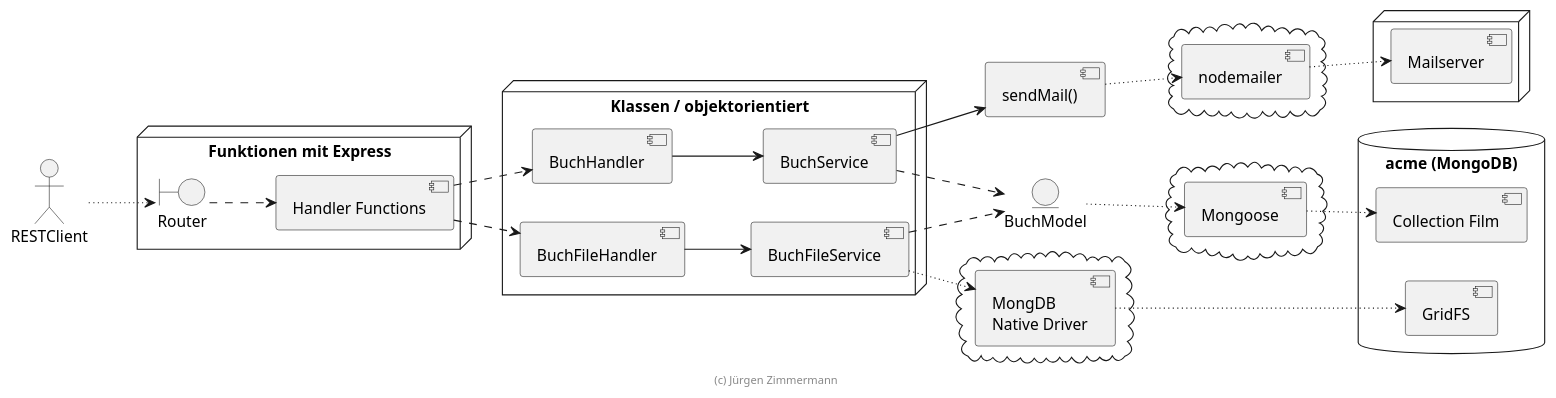
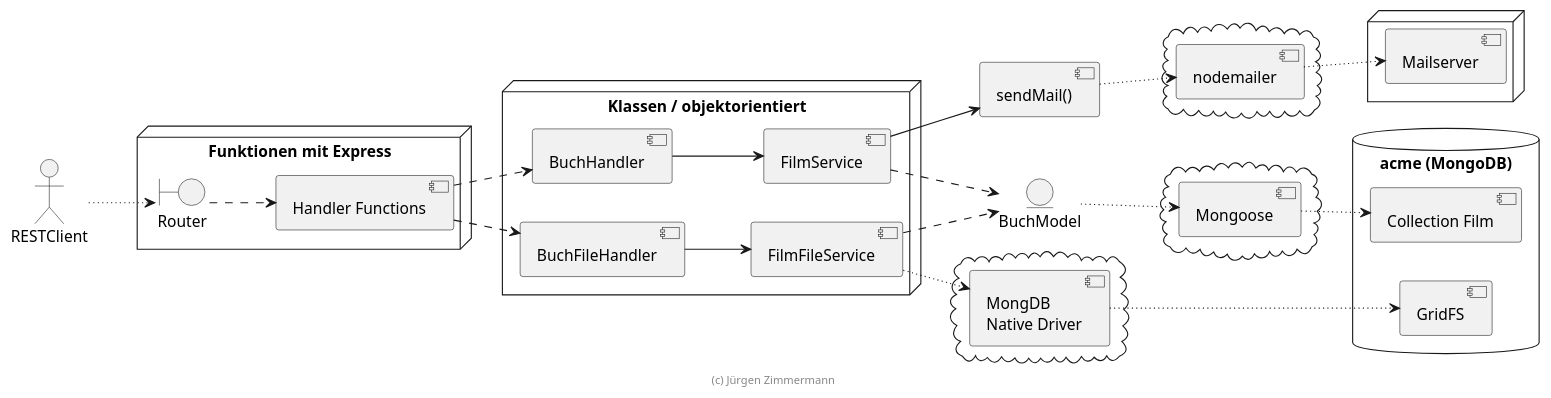
The diagram in doc/entwicklerhandbuch/komponenten.puml (marcelmaerdian/SWE_WS2020), drawn with PlantUML before and after one commit. The commit also changed 24 other files, not shown here.

```diff
--- a/doc/entwicklerhandbuch/komponenten.puml
+++ b/doc/entwicklerhandbuch/komponenten.puml
@@ -15,69 +15,69 @@
 @startuml Komponenten
 
 skinparam componentStyle uml2
 
 left to right direction
 
 actor RESTClient
 
 node "Funktionen mit Express" {
   boundary Router
   [Handler Functions]
 }
 
 node "Klassen / objektorientiert" {
   [BuchHandler]
   [BuchFileHandler]
 
-  [BuchService]
-  [BuchFileService]
+  [FilmService]
+  [FilmFileService]
 }
 
 [sendMail()] as sendMail
 
 entity BuchModel
 
 cloud {
     [Mongoose]
 }
 
 cloud {
     [MongDB\nNative Driver]
 }
 
 cloud {
     [nodemailer]
 }
 
 database "acme (MongoDB)" {
     [Collection Film]
     [GridFS]
 }
 
 node {
     [Mailserver]
 }
 
 
 RESTClient ~~> [Router]
 [Router] ..> [Handler Functions]
 [Handler Functions] ..> [BuchHandler]
 [Handler Functions] ..> [BuchFileHandler]
 
-[BuchHandler] --> [BuchService]
-[BuchFileHandler] --> [BuchFileService]
-[BuchService] ..> [BuchModel]
-[BuchFileService] ..> [BuchModel]
+[BuchHandler] --> [FilmService]
+[BuchFileHandler] --> [FilmFileService]
+[FilmService] ..> [BuchModel]
+[FilmFileService] ..> [BuchModel]
 
 [BuchModel] ~~> [Mongoose]
-[BuchFileService] ~~> [MongDB\nNative Driver]
+[FilmFileService] ~~> [MongDB\nNative Driver]
 [sendMail] ~~> [nodemailer]
 [Mongoose] ~~> [Collection Film]
 [MongDB\nNative Driver] ~~> [GridFS]
 
-[BuchService] --> [sendMail]
+[FilmService] --> [sendMail]
 [nodemailer] ~~> [Mailserver]
 
 footer (c) Jürgen Zimmermann
 
 @enduml
```
